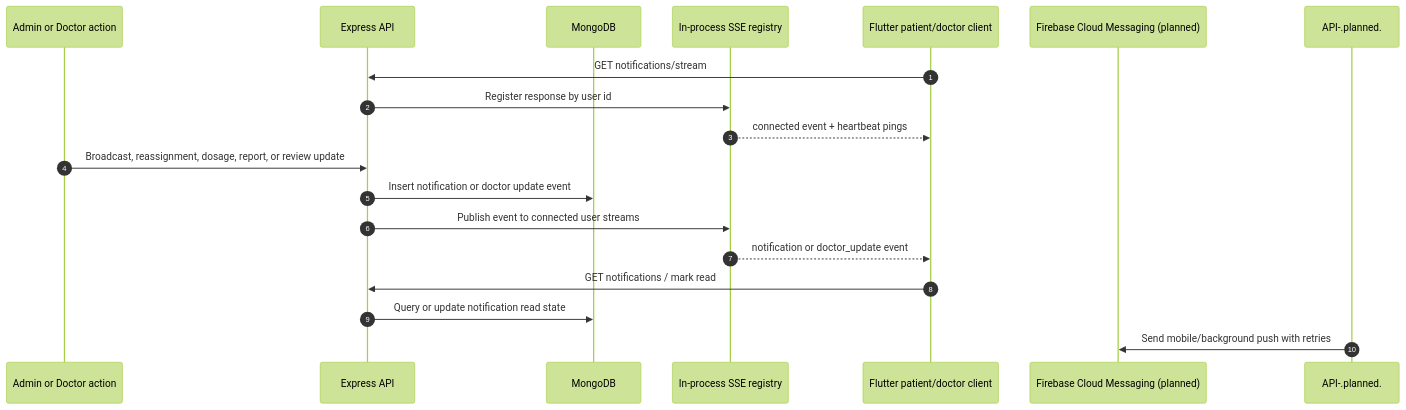
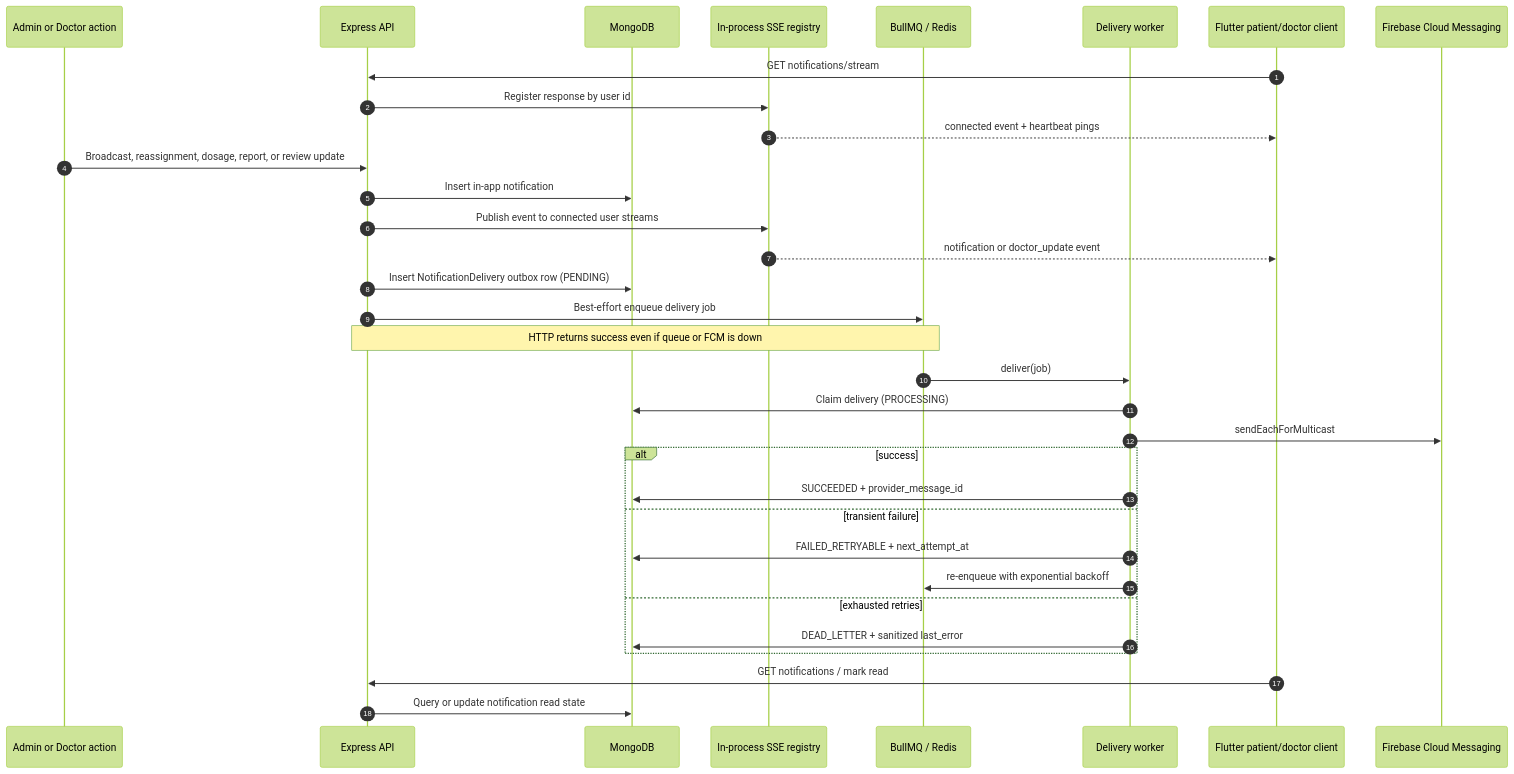
One commit to SuryaNarayanaa/vitalink_ip_lab changed the fourth of 4 diagrams in backend/docs/architecture.md. Above: the diagram before and after it, drawn with Mermaid (forest theme). The commit also changed other lines of this file and 22 other files, not shown here.

First line of the commit message:
feat: implement notification delivery system with recovery and worker processes

````diff
--- a/backend/docs/architecture.md
+++ b/backend/docs/architecture.md
@@ -184,23 +192,37 @@
 ```mermaid
 sequenceDiagram
   autonumber
   participant AdminDoctor as Admin or Doctor action
   participant API as Express API
   participant DB as MongoDB
   participant Stream as In-process SSE registry
+  participant Queue as BullMQ / Redis
+  participant Worker as Delivery worker
   participant Client as Flutter patient/doctor client
-  participant FCM as Firebase Cloud Messaging (planned)
+  participant FCM as Firebase Cloud Messaging
 
   Client->>API: GET notifications/stream
   API->>Stream: Register response by user id
   Stream-->>Client: connected event + heartbeat pings
 
   AdminDoctor->>API: Broadcast, reassignment, dosage, report, or review update
-  API->>DB: Insert notification or doctor update event
+  API->>DB: Insert in-app notification
   API->>Stream: Publish event to connected user streams
   Stream-->>Client: notification or doctor_update event
+  API->>DB: Insert NotificationDelivery outbox row (PENDING)
+  API->>Queue: Best-effort enqueue delivery job
+  Note over API,Queue: HTTP returns success even if queue or FCM is down
+  Queue->>Worker: deliver(job)
+  Worker->>DB: Claim delivery (PROCESSING)
+  Worker->>FCM: sendEachForMulticast
+  alt success
+    Worker->>DB: SUCCEEDED + provider_message_id
+  else transient failure
+    Worker->>DB: FAILED_RETRYABLE + next_attempt_at
+    Worker->>Queue: re-enqueue with exponential backoff
+  else exhausted retries
+    Worker->>DB: DEAD_LETTER + sanitized last_error
+  end
   Client->>API: GET notifications / mark read
   API->>DB: Query or update notification read state
-
-  API-.planned.->>FCM: Send mobile/background push with retries
 ```
````
